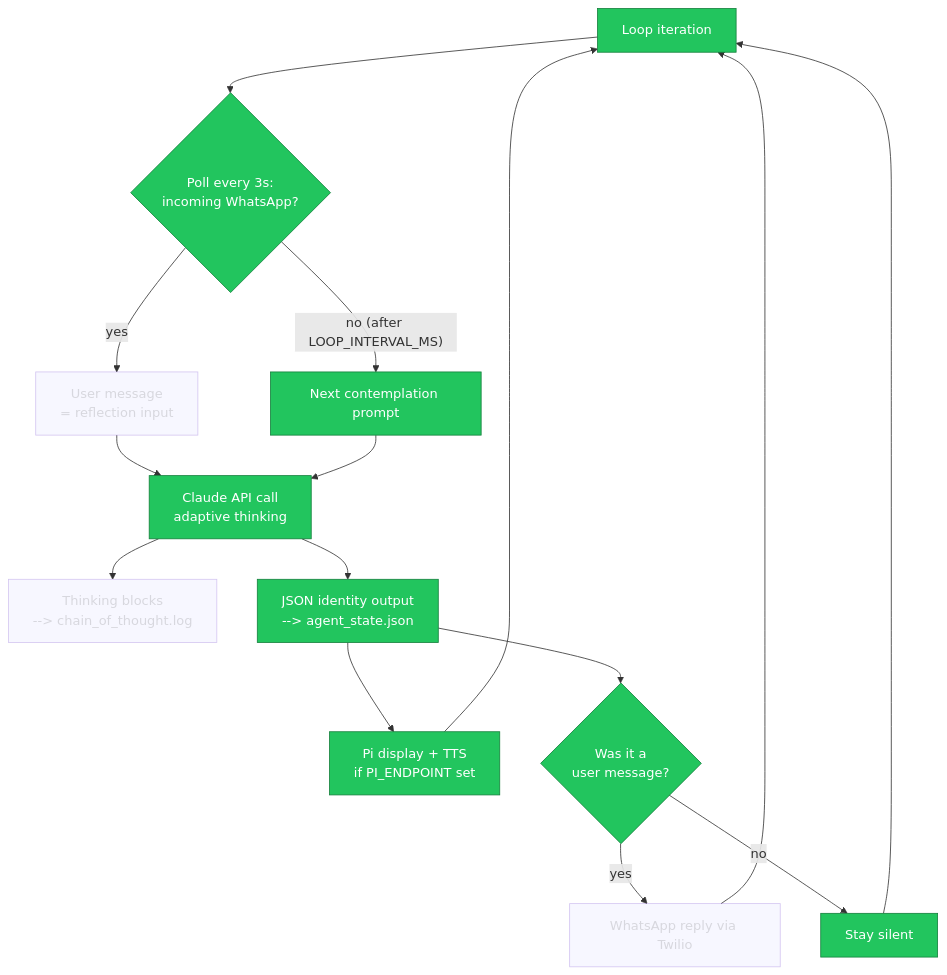
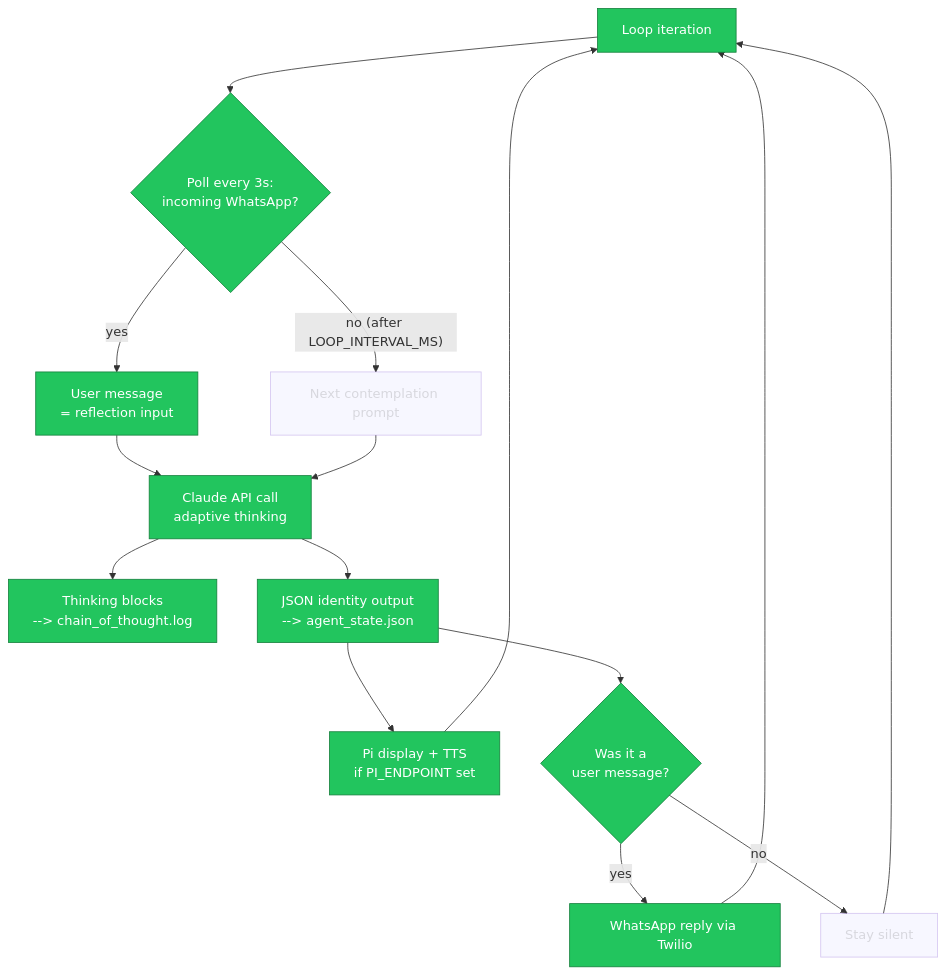
One commit to jbisaccia-9/identity-gate changed the diagram in README.md. Above: the diagram before and after it, drawn with Mermaid. The commit also changed other lines of this file, not shown here.

Commit message:
render: live flow diagram [skip ci]

````diff
--- a/README.md
+++ b/README.md
@@ -34,21 +34,21 @@
 ```mermaid
 flowchart TD
     A[Loop iteration] --> B{Poll every 3s:<br/>incoming WhatsApp?}
     B -- yes --> C[User message<br/>= reflection input]
     B -- "no (after LOOP_INTERVAL_MS)" --> D[Next contemplation prompt]
     C --> E[Claude API call<br/>adaptive thinking]
     D --> E
     E --> F[Thinking blocks<br/>--> chain_of_thought.log]
     E --> G[JSON identity output<br/>--> agent_state.json]
     G --> H[Pi display + TTS<br/>if PI_ENDPOINT set]
     G --> I{Was it a<br/>user message?}
     I -- yes --> J[WhatsApp reply via Twilio]
     I -- no --> K[Stay silent]
     J --> A
     K --> A
     H --> A
     classDef active fill:#22c55e,stroke:#15803d,color:#fff
     classDef dormant opacity:0.4
-    class A,B,D,E,G,H,I,K active
-    class C,F,J dormant
+    class A,B,C,E,F,G,H,I,J active
+    class D,K dormant
 ```
````
